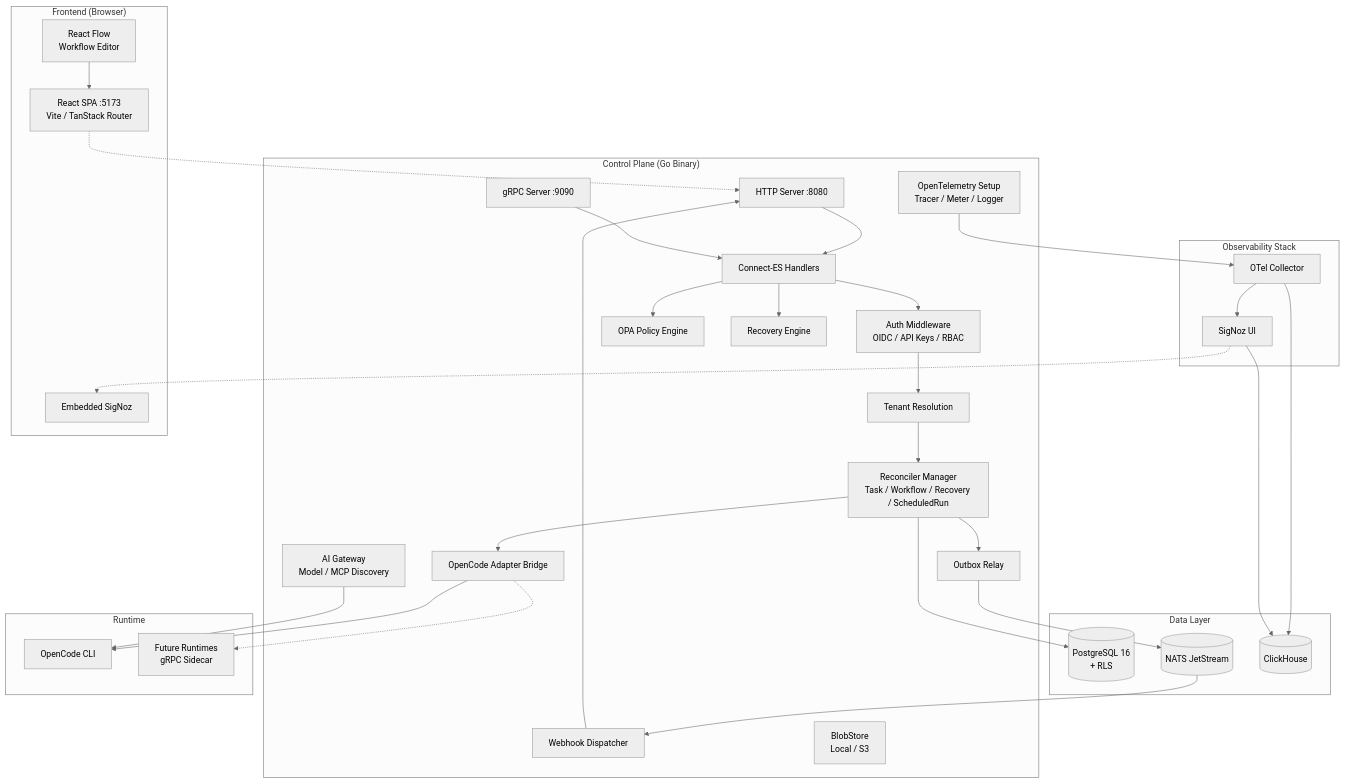
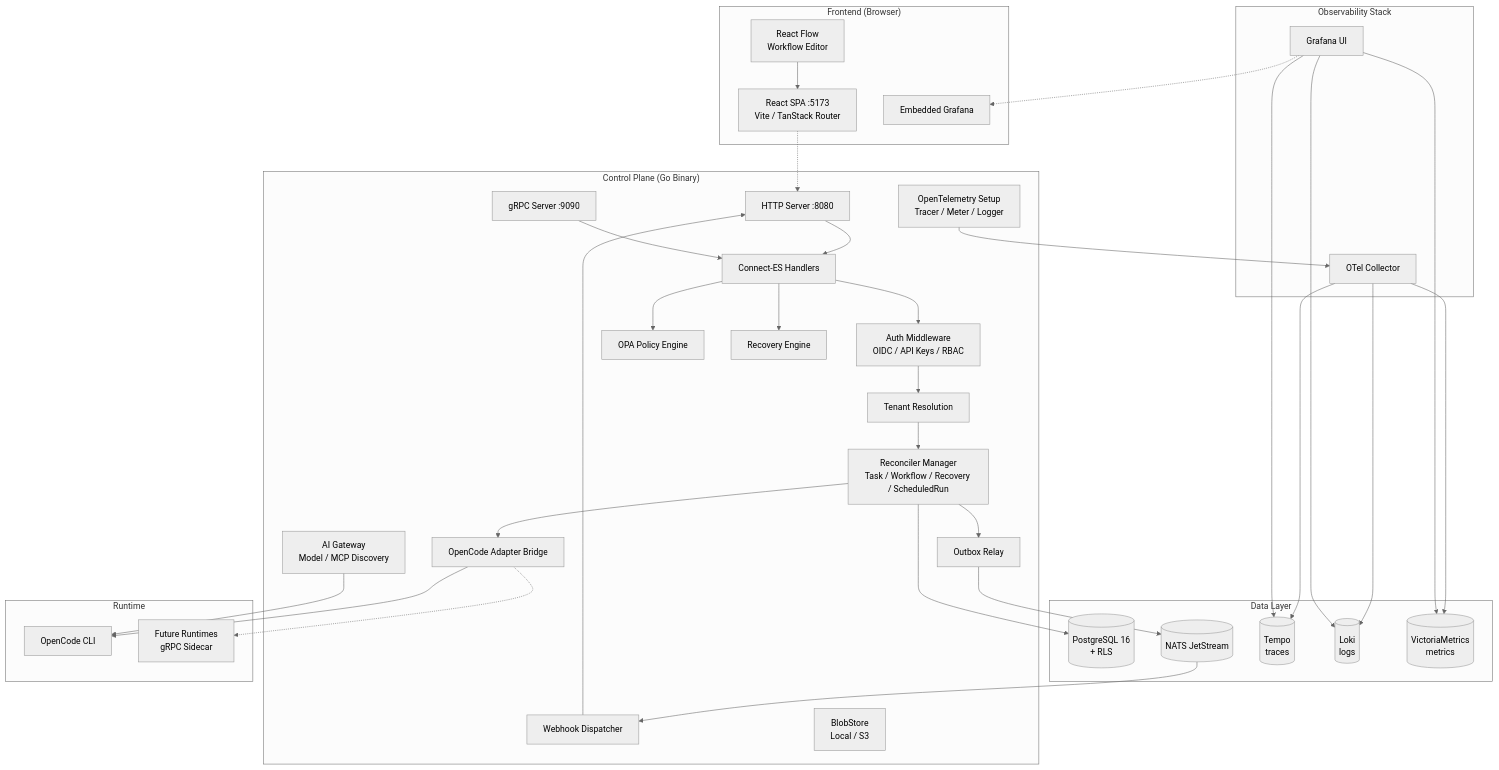
The first of 3 diagrams in DOCUMENTATION.md (beardedparrott/Orchicon), drawn with Mermaid (neutral theme) before and after one commit. The commit also changed other lines of this file and 59 other files, not shown here.

First line of the commit message:
Replace SigNoz/ClickHouse telemetry with Grafana stack (Tempo/Loki/VictoriaMetrics)

````diff
--- a/DOCUMENTATION.md
+++ b/DOCUMENTATION.md
@@ -93,65 +95,70 @@
 ```mermaid
 graph TB
     subgraph "Control Plane (Go Binary)"
         HTTP[HTTP Server :8080]
         GRPC[gRPC Server :9090]
         Connect[Connect-ES Handlers]
         Auth[Auth Middleware<br/>OIDC / API Keys / RBAC]
         Tenant[Tenant Resolution]
         Reconcilers[Reconciler Manager<br/>Task / Workflow / Recovery / ScheduledRun]
         OutboxRelay[Outbox Relay]
         WebhookDispatch[Webhook Dispatcher]
         Policy[OPA Policy Engine]
         RecoveryEngine[Recovery Engine]
         AdapterBridge[OpenCode Adapter Bridge]
         AIGateway[AI Gateway<br/>Model / MCP Discovery]
         Telemetry[OpenTelemetry Setup<br/>Tracer / Meter / Logger]
         BlobStore[BlobStore<br/>Local / S3]
     end
 
     subgraph "Data Layer"
         PG[(PostgreSQL 16<br/>+ RLS)]
         NATS[(NATS JetStream)]
-        ClickHouse[(ClickHouse)]
+        Tempo[(Tempo<br/>traces)]
+        Loki[(Loki<br/>logs)]
+        VM[(VictoriaMetrics<br/>metrics)]
     end
 
     subgraph "Observability Stack"
         OTel[OTel Collector]
-        SigNoz[SigNoz UI]
+        Grafana[Grafana UI]
     end
 
     subgraph "Runtime"
         OpenCode[OpenCode CLI]
         FutureRuntime[Future Runtimes<br/>gRPC Sidecar]
     end
 
     subgraph "Frontend (Browser)"
         SPA[React SPA :5173<br/>Vite / TanStack Router]
         ReactFlow[React Flow<br/>Workflow Editor]
-        SigNozIFrame[Embedded SigNoz]
+        GrafanaIFrame[Embedded Grafana]
     end
 
     HTTP --> Connect
     GRPC --> Connect
     Connect --> Auth
     Auth --> Tenant
     Tenant --> Reconcilers
     Reconcilers --> PG
     Reconcilers --> OutboxRelay
     Reconcilers --> AdapterBridge
     OutboxRelay --> NATS
     NATS --> WebhookDispatch
     WebhookDispatch --> HTTP
     AdapterBridge --> OpenCode
     AdapterBridge -.-> FutureRuntime
     AIGateway --> OpenCode
     Connect --> Policy
     Connect --> RecoveryEngine
     Telemetry --> OTel
-    OTel --> ClickHouse
-    OTel --> SigNoz
-    SigNoz --> ClickHouse
-    SigNoz -.-> SigNozIFrame
+    OTel --> Tempo
+    OTel --> Loki
+    OTel --> VM
+    Grafana --> Tempo
+    Grafana --> Loki
+    Grafana --> VM
+    Grafana -.-> GrafanaIFrame
     SPA -.-> HTTP
     ReactFlow --> SPA
 ```
````
